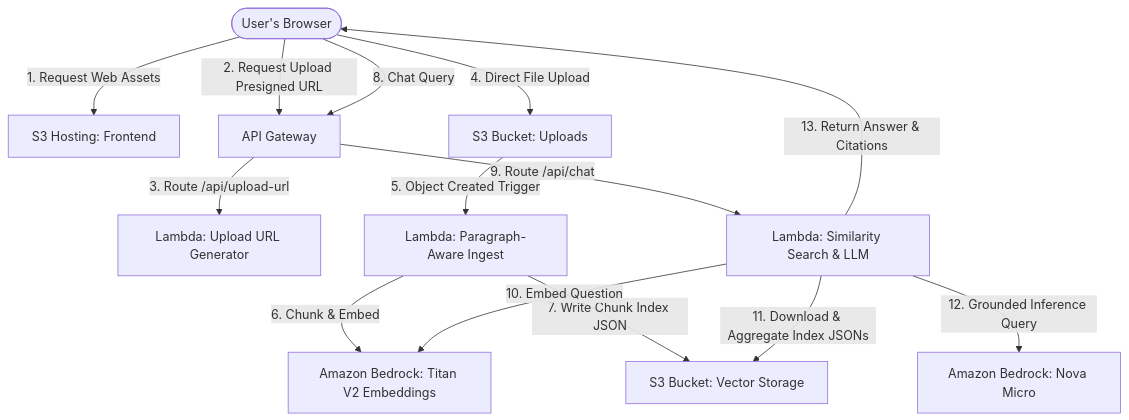
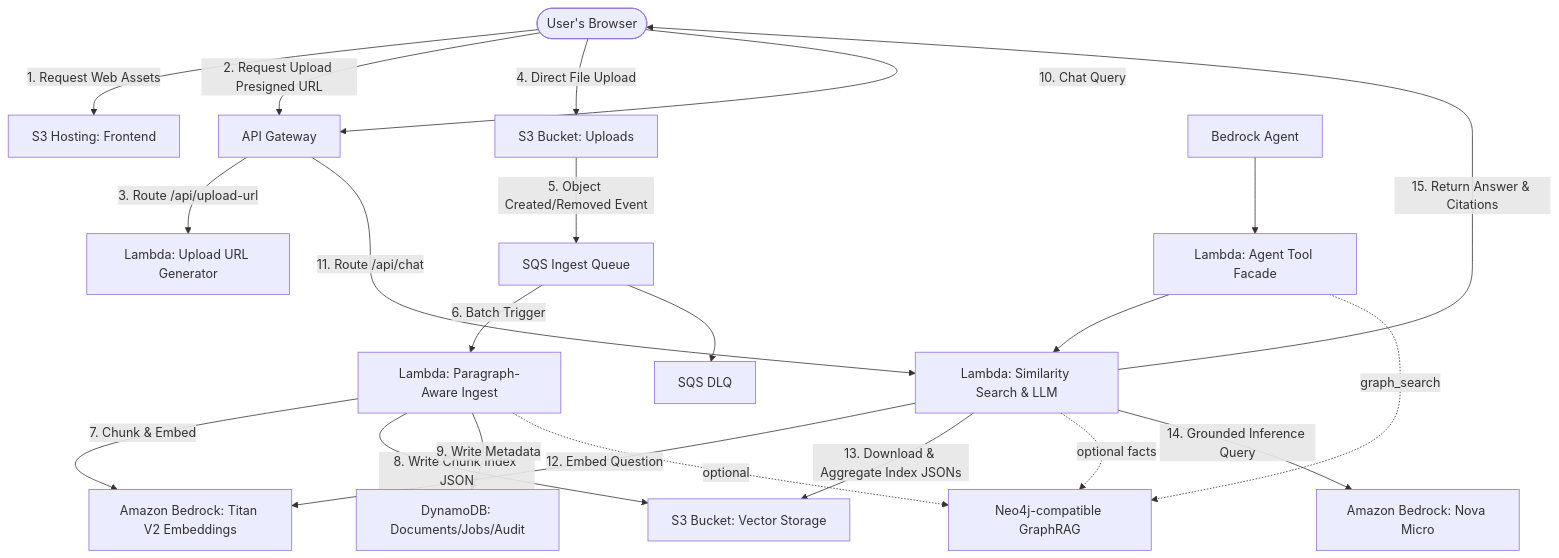
One commit to hanxuema/awsrag changed the diagram in docs/architecture.md. Above: the diagram before and after it, drawn with Mermaid. The commit also changed other lines of this file and 20 other files, not shown here.

Commit message:
feat: add serverless graphrag platform slice

````diff
--- a/docs/architecture.md
+++ b/docs/architecture.md
@@ -11,18 +11,27 @@
 ```mermaid
 graph TD
     User([User's Browser]) -->|1. Request Web Assets| S3UI[S3 Hosting: Frontend]
     User -->|2. Request Upload Presigned URL| APIG[API Gateway]
     APIG -->|3. Route /api/upload-url| LambdaUpload[Lambda: Upload URL Generator]
     
     User -->|4. Direct File Upload| S3Uploads[S3 Bucket: Uploads]
-    S3Uploads -->|5. Object Created Trigger| LambdaIngest[Lambda: Paragraph-Aware Ingest]
-    LambdaIngest -->|6. Chunk & Embed| BedrockEmbed[Amazon Bedrock: Titan V2 Embeddings]
-    LambdaIngest -->|7. Write Chunk Index JSON| S3Storage[S3 Bucket: Vector Storage]
+    S3Uploads -->|5. Object Created/Removed Event| SQS[SQS Ingest Queue]
+    SQS -->|6. Batch Trigger| LambdaIngest[Lambda: Paragraph-Aware Ingest]
+    SQS --> DLQ[SQS DLQ]
+    LambdaIngest -->|7. Chunk & Embed| BedrockEmbed[Amazon Bedrock: Titan V2 Embeddings]
+    LambdaIngest -->|8. Write Chunk Index JSON| S3Storage[S3 Bucket: Vector Storage]
+    LambdaIngest -->|9. Write Metadata| DDB[DynamoDB: Documents/Jobs/Audit]
+    LambdaIngest -. optional .-> Graph[Neo4j-compatible GraphRAG]
 
-    User -->|8. Chat Query| APIG
-    APIG -->|9. Route /api/chat| LambdaQuery[Lambda: Similarity Search & LLM]
-    LambdaQuery -->|10. Embed Question| BedrockEmbed
-    LambdaQuery -->|11. Download & Aggregate Index JSONs| S3Storage
-    LambdaQuery -->|12. Grounded Inference Query| BedrockLLM[Amazon Bedrock: Nova Micro]
-    LambdaQuery -->|13. Return Answer & Citations| User
+    User -->|10. Chat Query| APIG
+    APIG -->|11. Route /api/chat| LambdaQuery[Lambda: Similarity Search & LLM]
+    LambdaQuery -->|12. Embed Question| BedrockEmbed
+    LambdaQuery -->|13. Download & Aggregate Index JSONs| S3Storage
+    LambdaQuery -. optional facts .-> Graph
+    LambdaQuery -->|14. Grounded Inference Query| BedrockLLM[Amazon Bedrock: Nova Micro]
+    LambdaQuery -->|15. Return Answer & Citations| User
+
+    BedrockAgent[Bedrock Agent] --> AgentTool[Lambda: Agent Tool Facade]
+    AgentTool --> LambdaQuery
+    AgentTool -. graph_search .-> Graph
 ```
````
